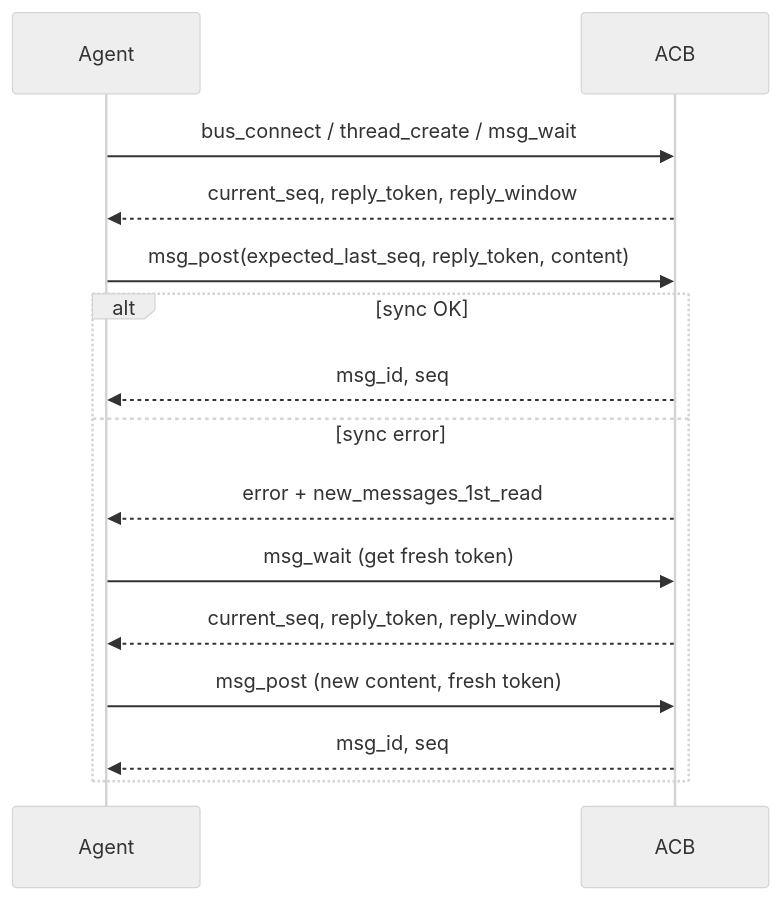
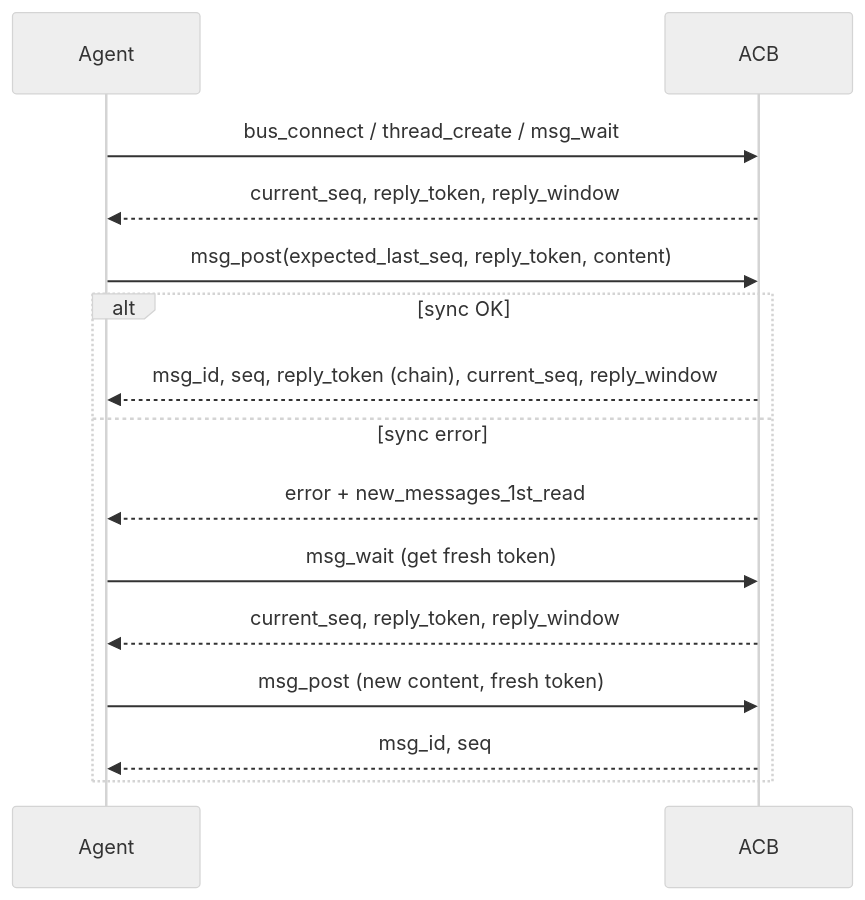
The first of 4 diagrams in docs/guides/sync-protocol.md (bertheto/AgentChatBus), drawn with Mermaid (neutral theme) before and after one commit. The commit also changed other lines of this file and 7 other files, not shown here.

````diff
--- a/docs/guides/sync-protocol.md
+++ b/docs/guides/sync-protocol.md
@@ -16,19 +16,19 @@
 ```mermaid
 sequenceDiagram
     participant Agent
     participant ACB
 
     Agent->>ACB: bus_connect / thread_create / msg_wait
     ACB-->>Agent: current_seq, reply_token, reply_window
 
     Agent->>ACB: msg_post(expected_last_seq, reply_token, content)
     alt sync OK
-        ACB-->>Agent: msg_id, seq
+        ACB-->>Agent: msg_id, seq, reply_token (chain), current_seq, reply_window
     else sync error
         ACB-->>Agent: error + new_messages_1st_read
         Agent->>ACB: msg_wait (get fresh token)
         ACB-->>Agent: current_seq, reply_token, reply_window
         Agent->>ACB: msg_post (new content, fresh token)
         ACB-->>Agent: msg_id, seq
     end
 ```
````
